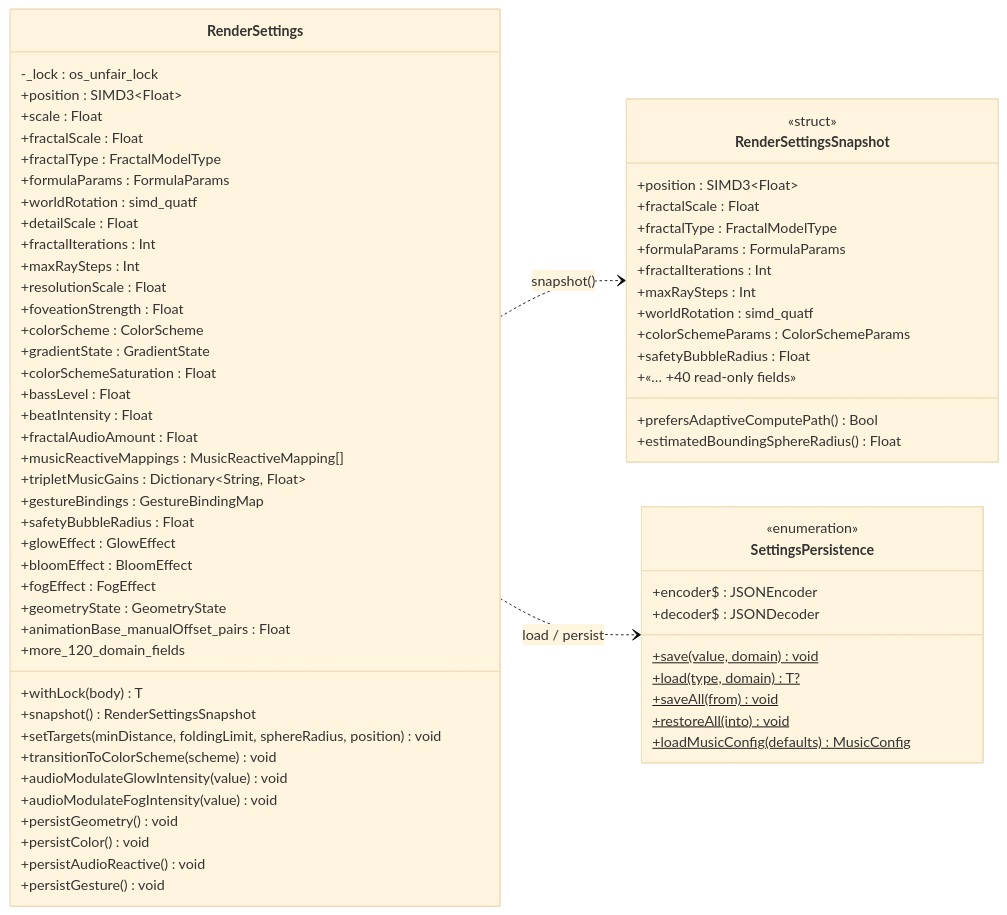
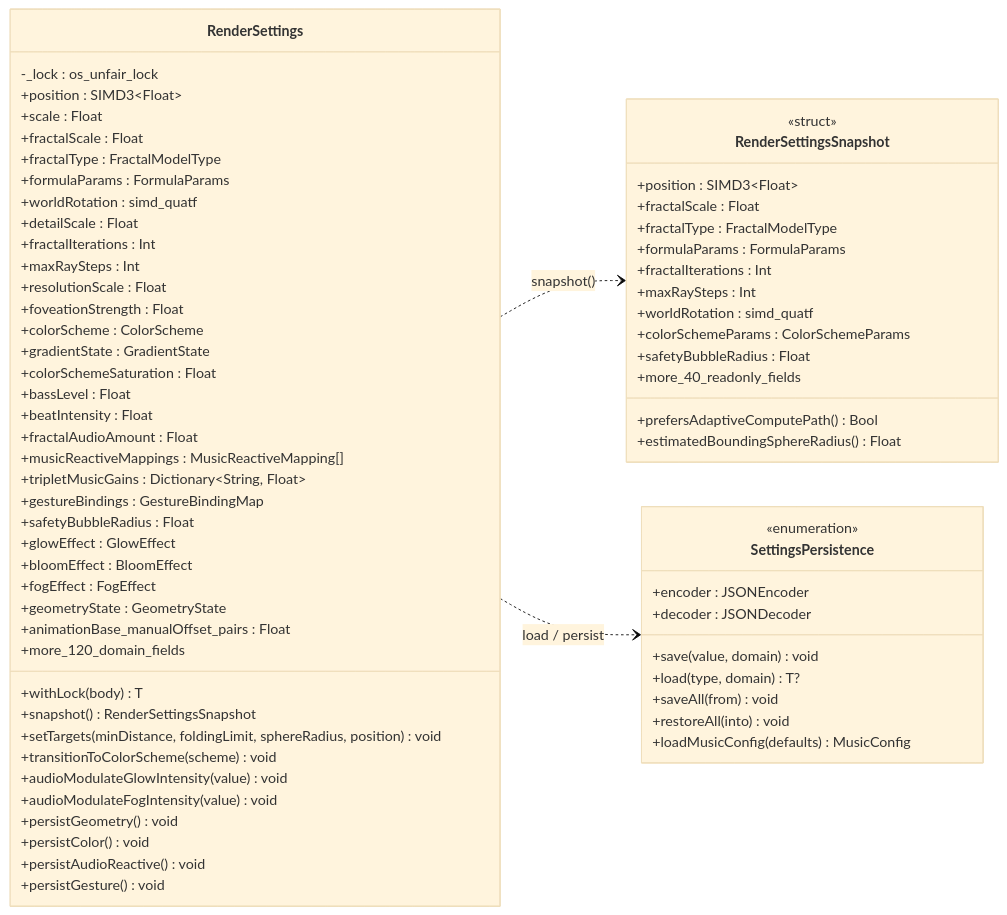
One commit to Halopend/MetalRaymarch-main changed the fourth of 17 diagrams in Threshold/CLASS_DIAGRAM.md. Above: the diagram before and after it, drawn with Mermaid (base theme). The commit also changed other lines of this file and 3 other files, not shown here.

````diff
--- a/Threshold/CLASS_DIAGRAM.md
+++ b/Threshold/CLASS_DIAGRAM.md
@@ -280,73 +280,73 @@
 ```mermaid
 classDiagram
     direction LR
 
     class RenderSettings {
         -_lock : os_unfair_lock
         +position : SIMD3~Float~
         +scale : Float
         +fractalScale : Float
         +fractalType : FractalModelType
         +formulaParams : FormulaParams
         +worldRotation : simd_quatf
         +detailScale : Float
         +fractalIterations : Int
         +maxRaySteps : Int
         +resolutionScale : Float
         +foveationStrength : Float
         +colorScheme : ColorScheme
         +gradientState : GradientState
         +colorSchemeSaturation : Float
         +bassLevel : Float
         +beatIntensity : Float
         +fractalAudioAmount : Float
         +musicReactiveMappings : MusicReactiveMapping[]
         +tripletMusicGains : Dictionary~String, Float~
         +gestureBindings : GestureBindingMap
         +safetyBubbleRadius : Float
         +glowEffect : GlowEffect
         +bloomEffect : BloomEffect
         +fogEffect : FogEffect
         +geometryState : GeometryState
         +animationBase_manualOffset_pairs : Float
         +more_120_domain_fields
         +withLock(body) T
         +snapshot() RenderSettingsSnapshot
         +setTargets(minDistance, foldingLimit, sphereRadius, position) void
         +transitionToColorScheme(scheme) void
         +audioModulateGlowIntensity(value) void
         +audioModulateFogIntensity(value) void
         +persistGeometry() void
         +persistColor() void
         +persistAudioReactive() void
         +persistGesture() void
     }
     class RenderSettingsSnapshot {
         <<struct>>
         +position : SIMD3~Float~
         +fractalScale : Float
         +fractalType : FractalModelType
         +formulaParams : FormulaParams
         +fractalIterations : Int
         +maxRaySteps : Int
         +worldRotation : simd_quatf
         +colorSchemeParams : ColorSchemeParams
         +safetyBubbleRadius : Float
-        +«… +40 read-only fields»
+        +more_40_readonly_fields
         +prefersAdaptiveComputePath() Bool
         +estimatedBoundingSphereRadius() Float
     }
     class SettingsPersistence {
         <<enumeration>>
-        +encoder$ : JSONEncoder
-        +decoder$ : JSONDecoder
-        +save(value, domain)$ void
-        +load(type, domain)$ T?
-        +saveAll(from)$ void
-        +restoreAll(into)$ void
-        +loadMusicConfig(defaults)$ MusicConfig
+        +encoder : JSONEncoder
+        +decoder : JSONDecoder
+        +save(value, domain) void
+        +load(type, domain) T?
+        +saveAll(from) void
+        +restoreAll(into) void
+        +loadMusicConfig(defaults) MusicConfig
     }
 
     RenderSettings ..> RenderSettingsSnapshot : snapshot()
     RenderSettings ..> SettingsPersistence : load / persist
 ```
````
